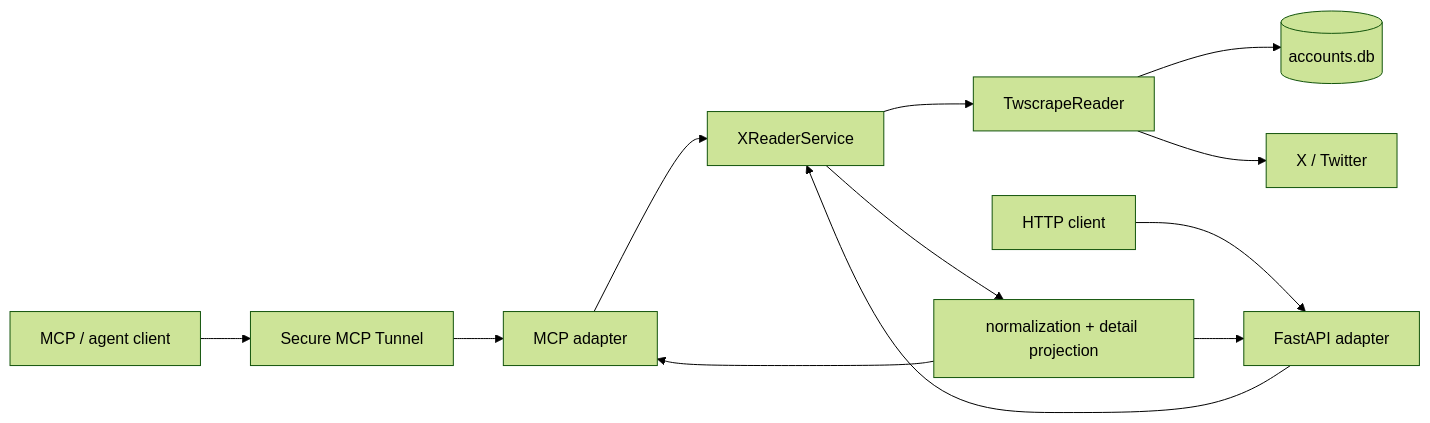
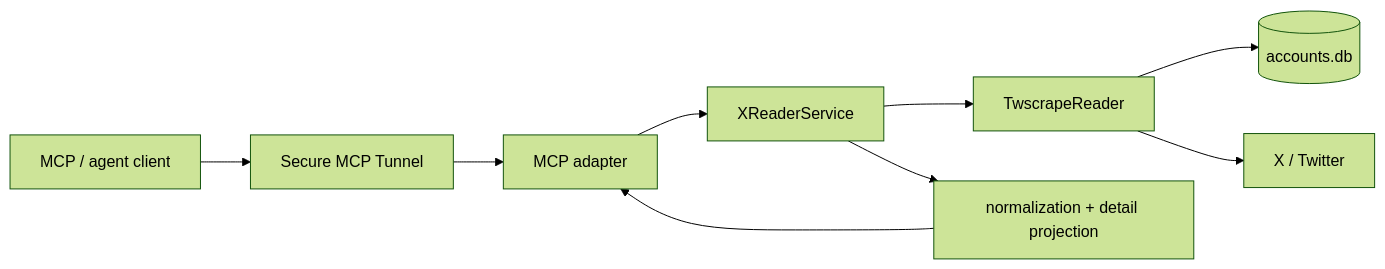
The diagram in README.md (abocha/x-reader), drawn with Mermaid (forest theme) before and after one commit. The commit also changed other lines of this file and 24 other files, not shown here.

````diff
--- a/README.md
+++ b/README.md
@@ -23,17 +23,14 @@
 ```mermaid
 flowchart LR
     ChatGPT["MCP / agent client"] --> Tunnel["Secure MCP Tunnel"]
     Tunnel --> MCP["MCP adapter"]
-    HTTPClient["HTTP client"] --> HTTP["FastAPI adapter"]
 
     MCP --> Service["XReaderService"]
-    HTTP --> Service
 
     Service --> Reader["TwscrapeReader"]
     Reader --> DB[("accounts.db")]
     Reader --> X["X / Twitter"]
 
     Service --> Normalize["normalization + detail projection"]
     Normalize --> MCP
-    Normalize --> HTTP
 ```
````
